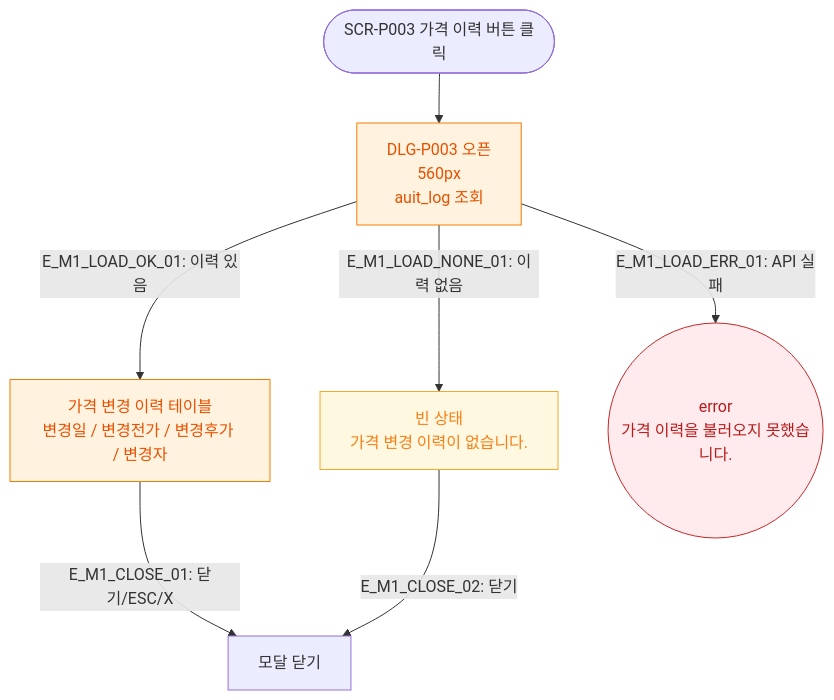
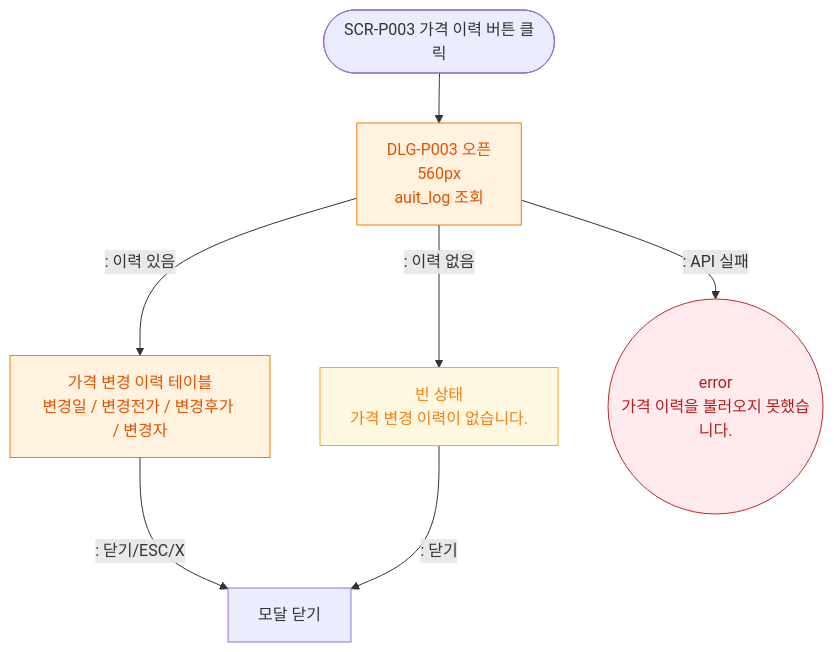
One commit to dev-spogym/admin-pando changed the diagram in docs/다이어그램/D05_상품관리/DLG/DLG-P003_가격이력/M1_모달생명주기.md. Above: the diagram before and after it, drawn with Mermaid. The commit also changed other lines of this file and 1660 other files, not shown here.

First line of the commit message:
다이어그램: 기획자/클라이언트 납품본으로 정리

````diff
--- a/docs/다이어그램/D05_상품관리/DLG/DLG-P003_가격이력/M1_모달생명주기.md
+++ b/docs/다이어그램/D05_상품관리/DLG/DLG-P003_가격이력/M1_모달생명주기.md
@@ -16,18 +14,18 @@
 ```mermaid
 flowchart TD
     TRIGGER([SCR-P003 가격 이력 버튼 클릭]) --> OpenModal[DLG-P003 오픈\n560px\nauit_log 조회]
-    OpenModal -->|"E_M1_LOAD_OK_01: 이력 있음"| ShowHistory[가격 변경 이력 테이블\n변경일 / 변경전가 / 변경후가 / 변경자]
-    OpenModal -->|"E_M1_LOAD_NONE_01: 이력 없음"| EmptyHistory[빈 상태\n가격 변경 이력이 없습니다.]
-    OpenModal -->|"E_M1_LOAD_ERR_01: API 실패"| LoadErr((error\n가격 이력을 불러오지 못했습니다.))
+    OpenModal -->|": 이력 있음"|ShowHistory[가격 변경 이력 테이블\n변경일 / 변경전가 / 변경후가 / 변경자]
+    OpenModal -->|": 이력 없음"|EmptyHistory[빈 상태\n가격 변경 이력이 없습니다.]
+    OpenModal -->|": API 실패"|LoadErr((error\n가격 이력을 불러오지 못했습니다.))
 
-    ShowHistory -->|"E_M1_CLOSE_01: 닫기/ESC/X"| Closed[모달 닫기]
-    EmptyHistory -->|"E_M1_CLOSE_02: 닫기"| Closed
+    ShowHistory -->|": 닫기/ESC/X"|Closed[모달 닫기]
+    EmptyHistory -->|": 닫기"|Closed
 
     classDef modal fill:#FFF3E0,stroke:#F57C00,color:#E65100
     classDef warning fill:#FFF8E1,stroke:#F9A825,color:#F57F17
     classDef error fill:#FFEBEE,stroke:#C62828,color:#B71C1C
     classDef system fill:#EDE7F6,stroke:#5E35B2
     class OpenModal,ShowHistory modal
     class EmptyHistory warning
     class LoadErr error
 ```
````
